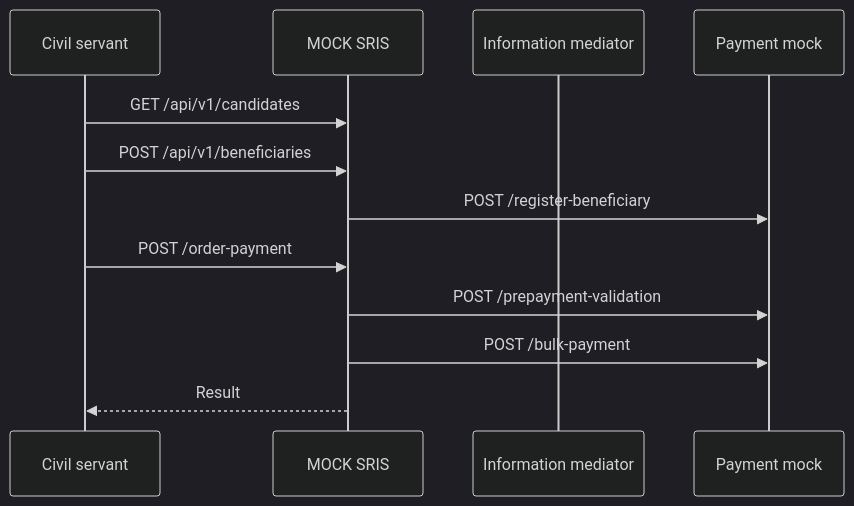
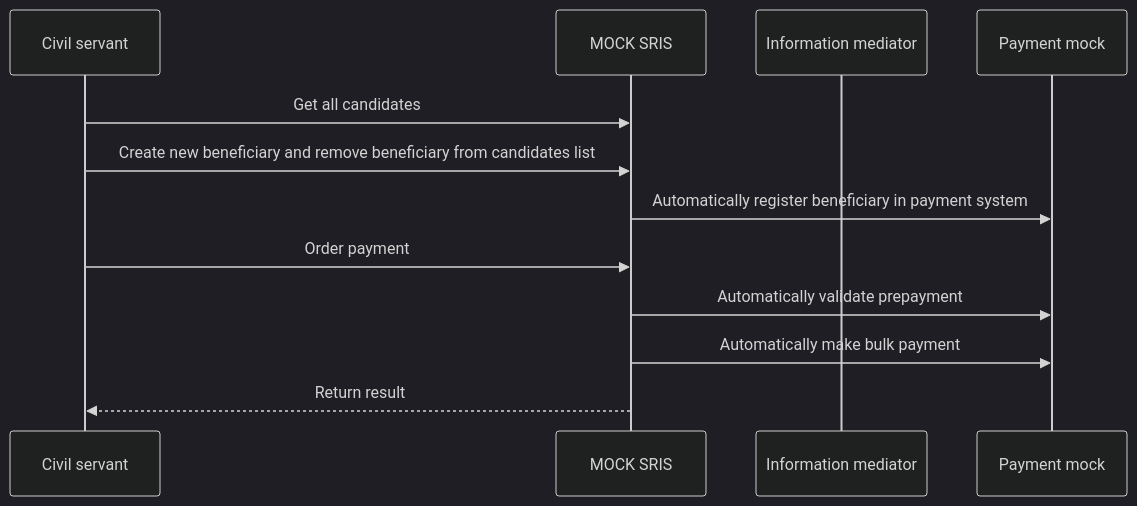
Before and after one commit to GovStackWorkingGroup/sandbox-usecase-usct-backend: the diagram in docs/main.md, drawn with Mermaid (dark theme). The commit also changed 17 other files, not shown here.

````diff
--- a/docs/main.md
+++ b/docs/main.md
@@ -9,12 +9,12 @@
 ```mermaid
 sequenceDiagram
 
-Civil servant ->> MOCK SRIS: GET /api/v1/candidates
-Civil servant ->> MOCK SRIS: POST /api/v1/beneficiaries
+Civil servant ->> MOCK SRIS: Get all candidates
+Civil servant ->> MOCK SRIS: Create new beneficiary and remove beneficiary from candidates list
     participant im as Information mediator
-MOCK SRIS ->> Payment mock: POST /register-beneficiary
-Civil servant ->> MOCK SRIS: POST /order-payment
-MOCK SRIS ->> Payment mock: POST /prepayment-validation
-MOCK SRIS ->> Payment mock: POST /bulk-payment
-MOCK SRIS -->> Civil servant: Result
+MOCK SRIS ->> Payment mock: Automatically register beneficiary in payment system
+Civil servant ->> MOCK SRIS: Order payment
+MOCK SRIS ->> Payment mock: Automatically validate prepayment
+MOCK SRIS ->> Payment mock: Automatically make bulk payment
+MOCK SRIS -->> Civil servant: Return result
 ```
````
